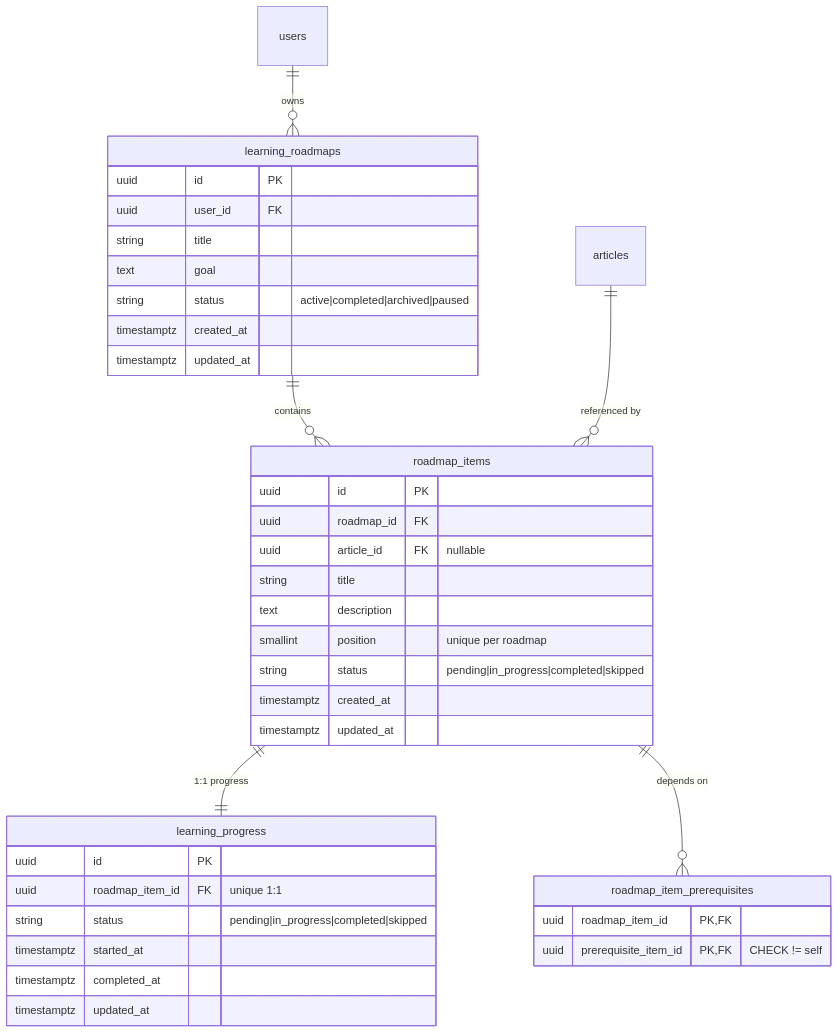
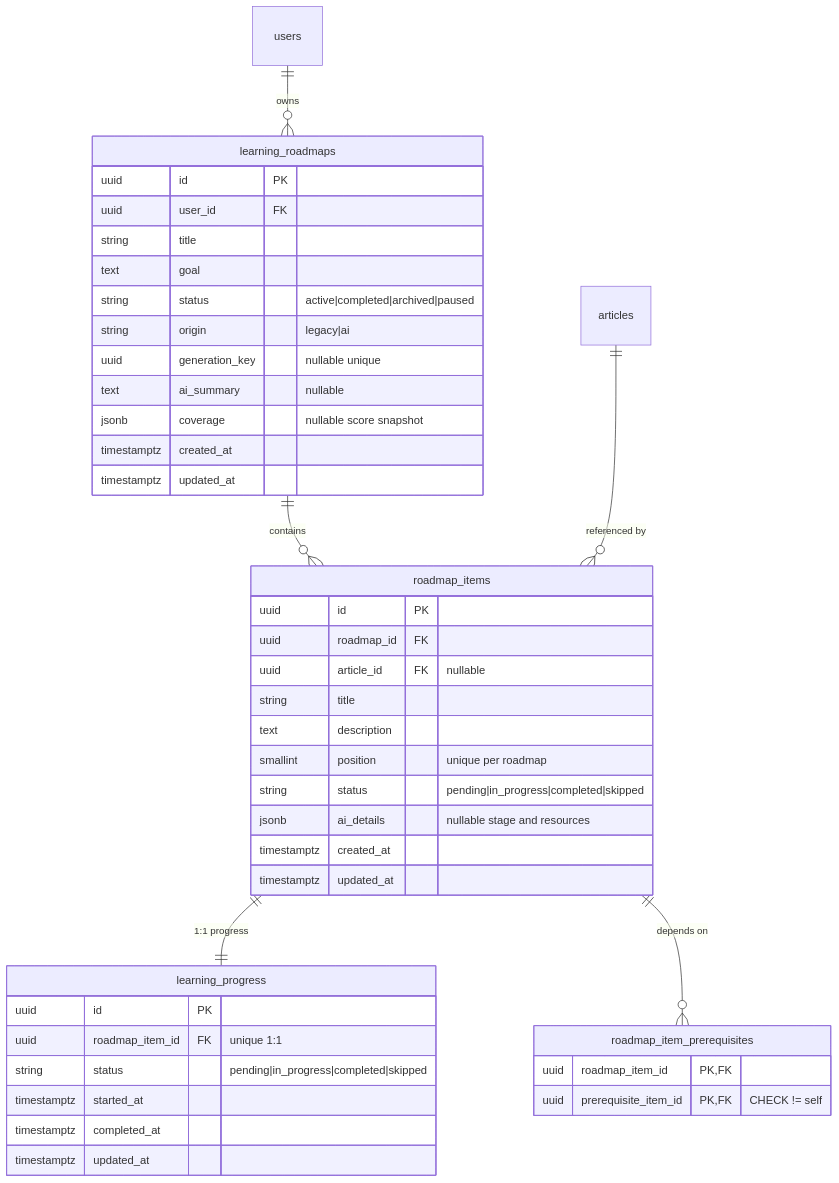
One commit to lancelotviendangkhoa710/KnowledgeHub_website changed the fourth of 5 diagrams in docs/ERD.md. Above: the diagram before and after it, drawn with Mermaid. The commit also changed 39 other files, not shown here.

Commit message:
p3: add AI-05 personalized companion roadmaps

````diff
--- a/docs/ERD.md
+++ b/docs/ERD.md
@@ -155,40 +155,45 @@
 ```mermaid
 erDiagram
     learning_roadmaps {
         uuid id PK
         uuid user_id FK
         string title
         text goal
         string status "active|completed|archived|paused"
+        string origin "legacy|ai"
+        uuid generation_key "nullable unique"
+        text ai_summary "nullable"
+        jsonb coverage "nullable score snapshot"
         timestamptz created_at
         timestamptz updated_at
     }
     roadmap_items {
         uuid id PK
         uuid roadmap_id FK
         uuid article_id FK "nullable"
         string title
         text description
         smallint position "unique per roadmap"
         string status "pending|in_progress|completed|skipped"
+        jsonb ai_details "nullable stage and resources"
         timestamptz created_at
         timestamptz updated_at
     }
     learning_progress {
         uuid id PK
         uuid roadmap_item_id FK "unique 1:1"
         string status "pending|in_progress|completed|skipped"
         timestamptz started_at
         timestamptz completed_at
         timestamptz updated_at
     }
     roadmap_item_prerequisites {
         uuid roadmap_item_id PK,FK
         uuid prerequisite_item_id PK,FK "CHECK != self"
     }
     users ||--o{ learning_roadmaps : "owns"
     learning_roadmaps ||--o{ roadmap_items : "contains"
     articles ||--o{ roadmap_items : "referenced by"
     roadmap_items ||--|| learning_progress : "1:1 progress"
     roadmap_items ||--o{ roadmap_item_prerequisites : "depends on"
 ```
````
